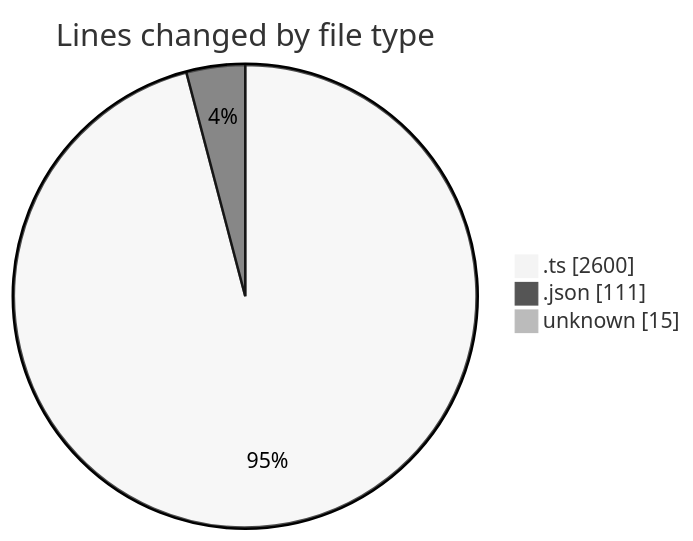
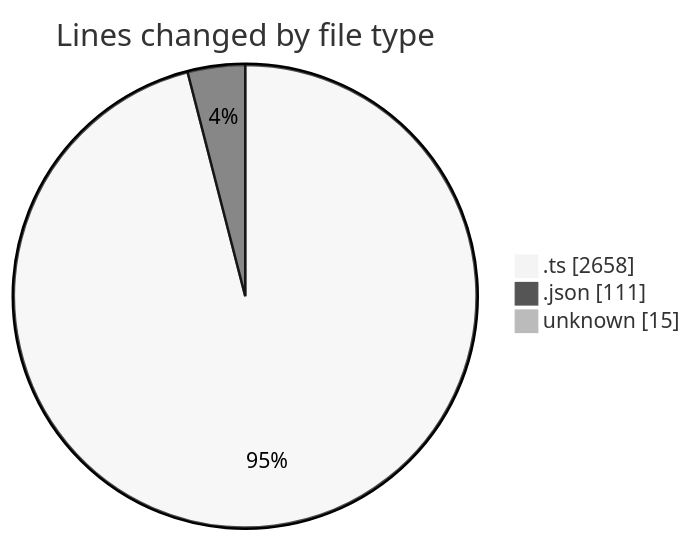
Before and after one commit to lephambinh05/code-tracking: the first of 2 diagrams in 2025-09-13/hiai-phf/README.md, drawn with Mermaid (neutral theme). The commit also changed other lines of this file and 1 other file, not shown here.

````diff
--- a/2025-09-13/hiai-phf/README.md
+++ b/2025-09-13/hiai-phf/README.md
@@ -32,7 +32,7 @@
 ```mermaid
 pie showData
 title Lines changed by file type
-".ts" : 2600
+".ts" : 2658
 ".json" : 111
 "unknown" : 15
 ```
````
